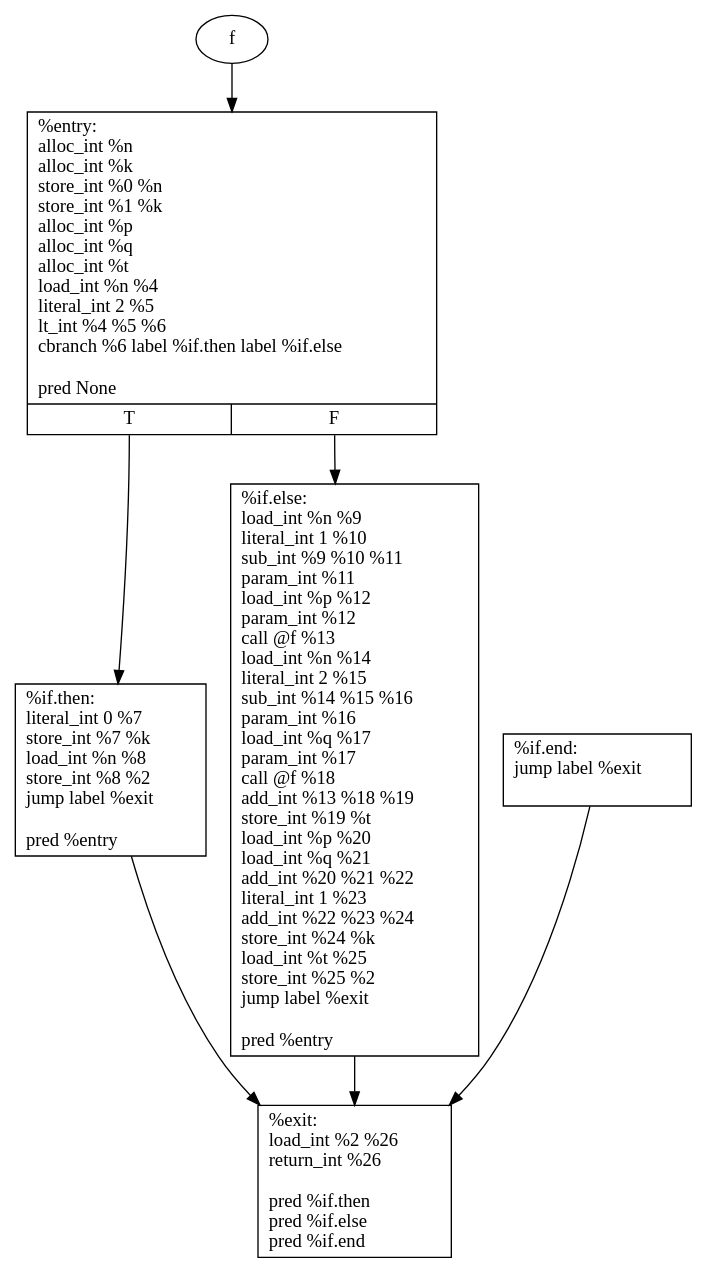
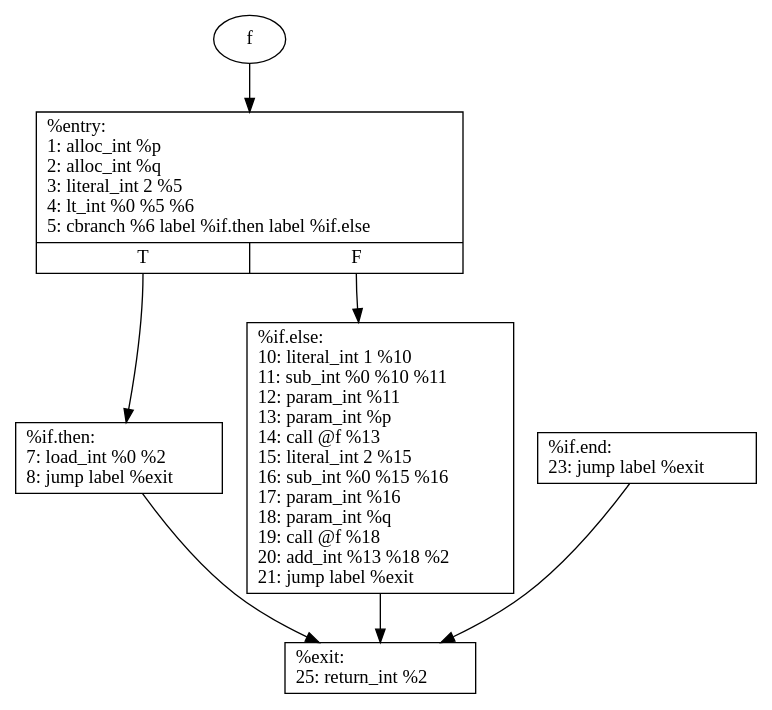
Before and after one commit to barddes/ply-python-compiler: the diagram in f.gv, drawn with Graphviz. The commit also changed 9 other files, not shown here.

```diff
--- a/f.gv
+++ b/f.gv
@@ -1,15 +1,15 @@
 digraph g {
 	node [shape=record]
 	f [shape=ellipse]
 	f -> "%entry"
-	"%entry" [label="{%entry:\l	  alloc_int %n \l	  alloc_int %k \l	  store_int %0 %n \l	  store_int %1 %k \l	  alloc_int %p \l	  alloc_int %q \l	  alloc_int %t \l	  load_int %n %4 \l	  literal_int 2 %5 \l	  lt_int %4 %5 %6 \l	  cbranch %6 label %if.then label %if.else\l	\l	pred None \l	|{<f0>T|<f1>F}}"]
+	"%entry" [label="{%entry:\l	1:   alloc_int %p \l	2:   alloc_int %q \l	3:   literal_int 2 %5 \l	4:   lt_int %0 %5 %6 \l	5:   cbranch %6 label %if.then label %if.else\l	|{<f0>T|<f1>F}}"]
 	"%entry":f0 -> "%if.then"
 	"%entry":f1 -> "%if.else"
-	"%if.then" [label="{%if.then:\l	  literal_int 0 %7 \l	  store_int %7 %k \l	  load_int %n %8 \l	  store_int %8 %2 \l	  jump label %exit\l	\l	pred %entry \l	}"]
+	"%if.then" [label="{%if.then:\l	7:   load_int %0 %2 \l	8:   jump label %exit\l	}"]
 	"%if.then" -> "%exit"
-	"%if.else" [label="{%if.else:\l	  load_int %n %9 \l	  literal_int 1 %10 \l	  sub_int %9 %10 %11 \l	  param_int %11 \l	  load_int %p %12 \l	  param_int %12 \l	  call @f %13 \l	  load_int %n %14 \l	  literal_int 2 %15 \l	  sub_int %14 %15 %16 \l	  param_int %16 \l	  load_int %q %17 \l	  param_int %17 \l	  call @f %18 \l	  add_int %13 %18 %19 \l	  store_int %19 %t \l	  load_int %p %20 \l	  load_int %q %21 \l	  add_int %20 %21 %22 \l	  literal_int 1 %23 \l	  add_int %22 %23 %24 \l	  store_int %24 %k \l	  load_int %t %25 \l	  store_int %25 %2 \l	  jump label %exit\l	\l	pred %entry \l	}"]
+	"%if.else" [label="{%if.else:\l	10:   literal_int 1 %10 \l	11:   sub_int %0 %10 %11 \l	12:   param_int %11 \l	13:   param_int %p \l	14:   call @f %13 \l	15:   literal_int 2 %15 \l	16:   sub_int %0 %15 %16 \l	17:   param_int %16 \l	18:   param_int %q \l	19:   call @f %18 \l	20:   add_int %13 %18 %2 \l	21:   jump label %exit\l	}"]
 	"%if.else" -> "%exit"
-	"%if.end" [label="{%if.end:\l	  jump label %exit\l	\l	}"]
+	"%if.end" [label="{%if.end:\l	23:   jump label %exit\l	}"]
 	"%if.end" -> "%exit"
-	"%exit" [label="{%exit:\l	  load_int %2 %26 \l	  return_int %26\l	\l	pred %if.then \l	pred %if.else \l	pred %if.end \l	}"]
+	"%exit" [label="{%exit:\l	25:   return_int %2\l	}"]
 }
```
